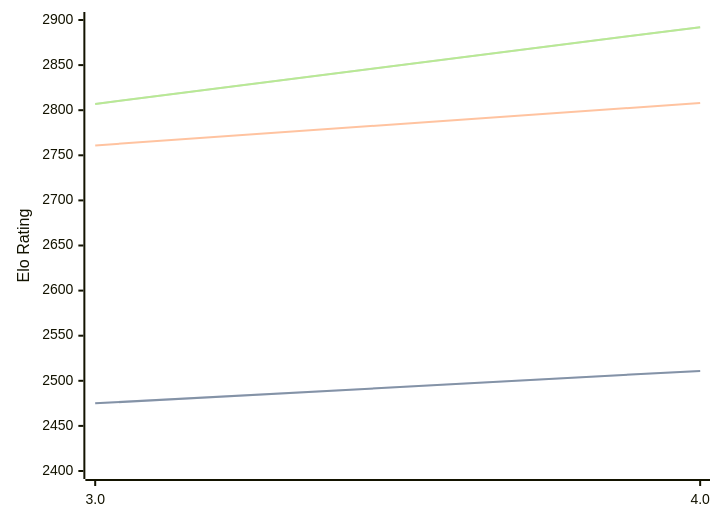
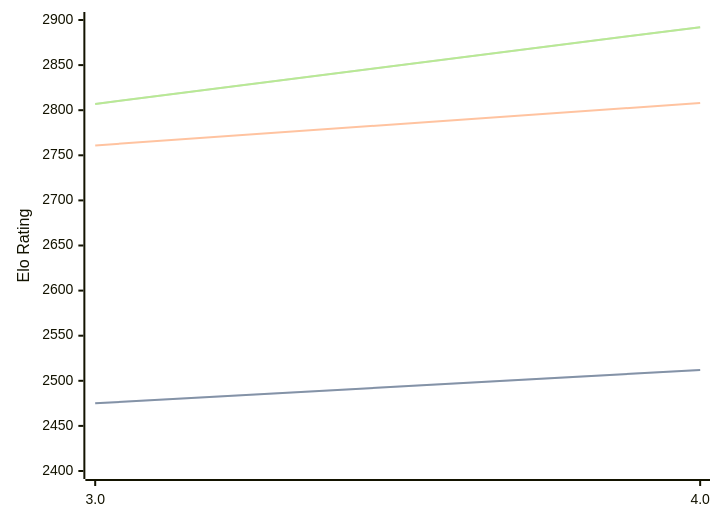
Before and after one commit to computer-chess-index/cci: the diagram in engines/Chess3.md, drawn with Mermaid. The commit also changed other lines of this file, not shown here.

````diff
--- a/engines/Chess3.md
+++ b/engines/Chess3.md
@@ -32,11 +32,11 @@
 ```mermaid
 %%{init: {"theme":"base","themeVariables":{"seriesColors:['#a3a3a3','#222221','#faa371']}}}%%
 xychart-beta
   x-axis ["3.0", "4.0"]
   y-axis "Elo Rating" 2400 --> 2900
-  line "" [2475, 2511]
-  line "STC (8.0+0.08s)" [2475, 2511]
+  line "" [2475, 2512]
+  line "STC (8.0+0.08s)" [2475, 2512]
   line "LTC (60.0+0.60s)" [2761, 2808]
   line "" [2807, 2892]
   line "VLTC (2m24s+1.12s)" [2807, 2892]
 ```
````
